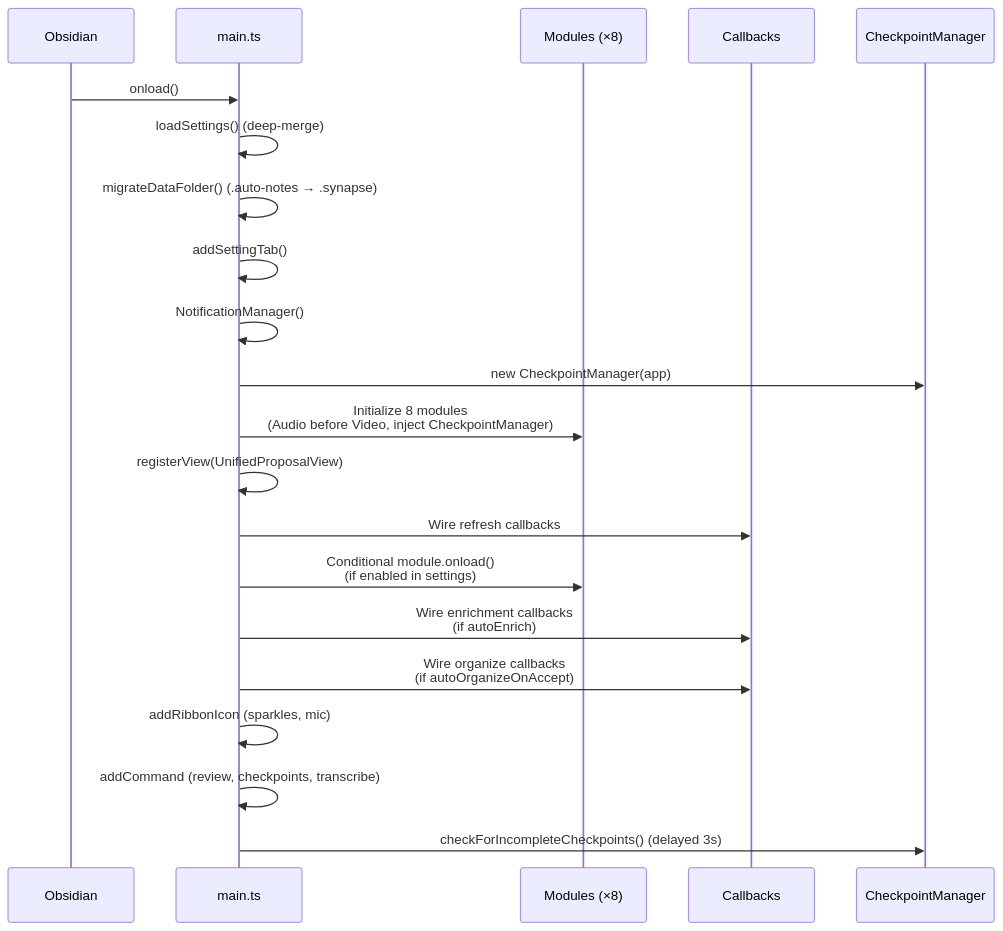
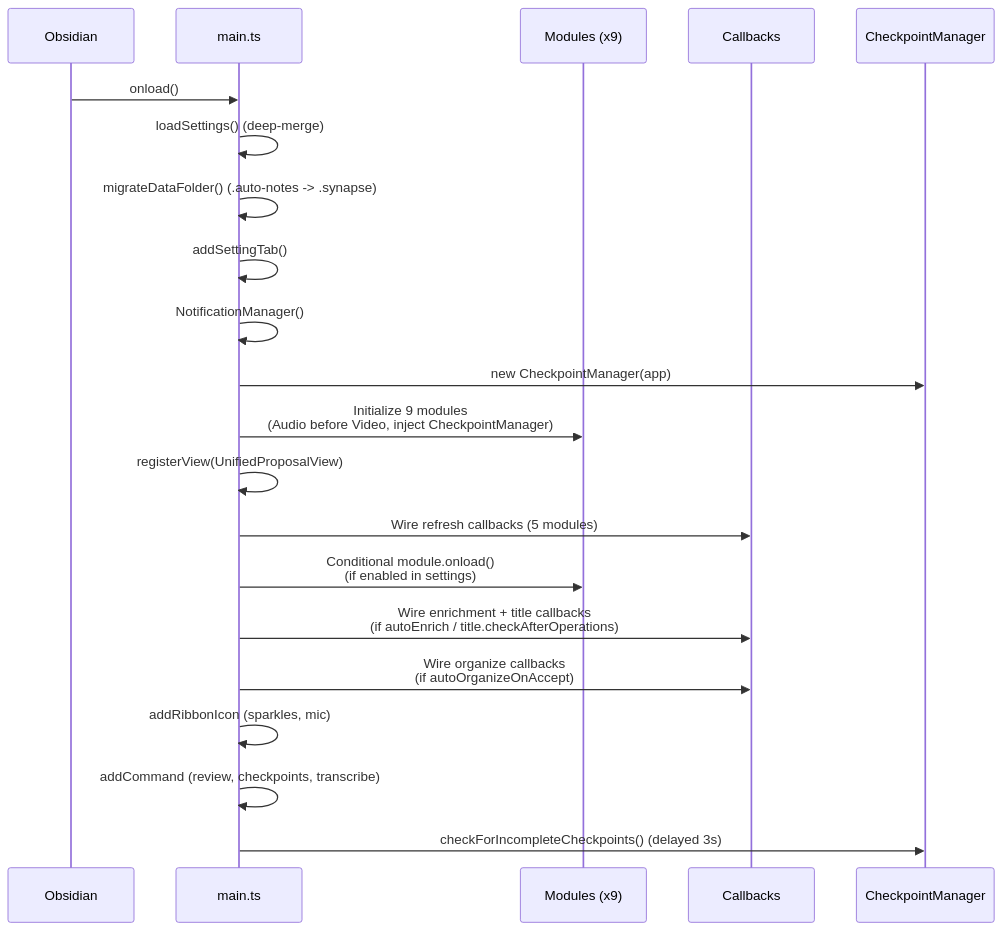
Before and after one commit to dustinkeeton/obsidian-synapse: the third of 9 diagrams in ARCHITECTURE.md, drawn with Mermaid. The commit also changed other lines of this file and 15 other files, not shown here.

First line of the commit message:
chore: codebase audit — architecture fixes and docs refresh (#158)

````diff
--- a/ARCHITECTURE.md
+++ b/ARCHITECTURE.md
@@ -202,24 +217,24 @@
 ```mermaid
 sequenceDiagram
     participant O as Obsidian
     participant M as main.ts
-    participant Mod as Modules (×8)
+    participant Mod as Modules (x9)
     participant CB as Callbacks
     participant CK as CheckpointManager
 
     O->>M: onload()
     M->>M: loadSettings() (deep-merge)
-    M->>M: migrateDataFolder() (.auto-notes → .synapse)
+    M->>M: migrateDataFolder() (.auto-notes -> .synapse)
     M->>M: addSettingTab()
     M->>M: NotificationManager()
     M->>CK: new CheckpointManager(app)
-    M->>Mod: Initialize 8 modules<br/>(Audio before Video, inject CheckpointManager)
+    M->>Mod: Initialize 9 modules<br/>(Audio before Video, inject CheckpointManager)
     M->>M: registerView(UnifiedProposalView)
-    M->>CB: Wire refresh callbacks
+    M->>CB: Wire refresh callbacks (5 modules)
     M->>Mod: Conditional module.onload()<br/>(if enabled in settings)
-    M->>CB: Wire enrichment callbacks<br/>(if autoEnrich)
+    M->>CB: Wire enrichment + title callbacks<br/>(if autoEnrich / title.checkAfterOperations)
     M->>CB: Wire organize callbacks<br/>(if autoOrganizeOnAccept)
     M->>M: addRibbonIcon (sparkles, mic)
     M->>M: addCommand (review, checkpoints, transcribe)
     M->>CK: checkForIncompleteCheckpoints() (delayed 3s)
 ```
````
